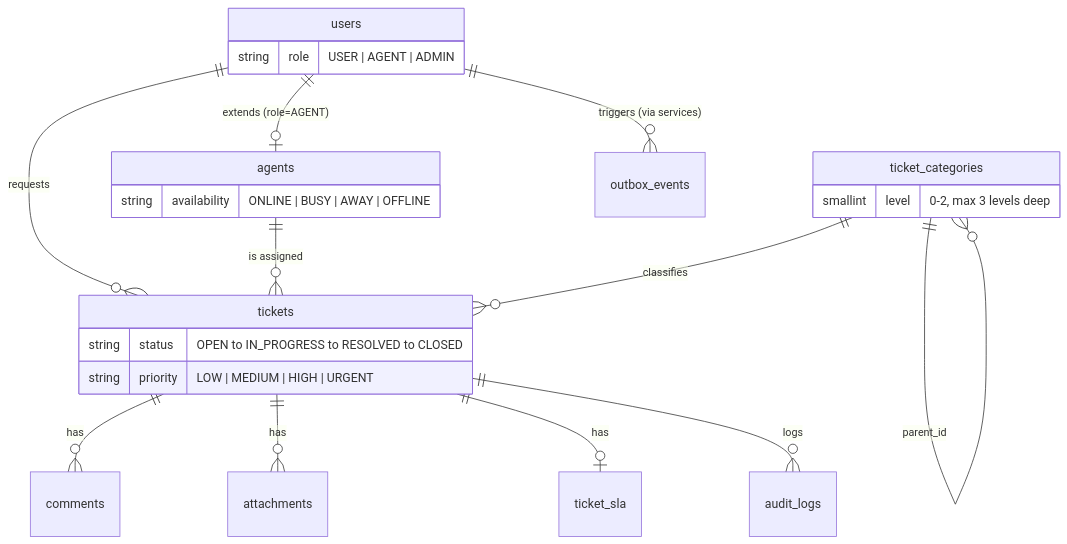
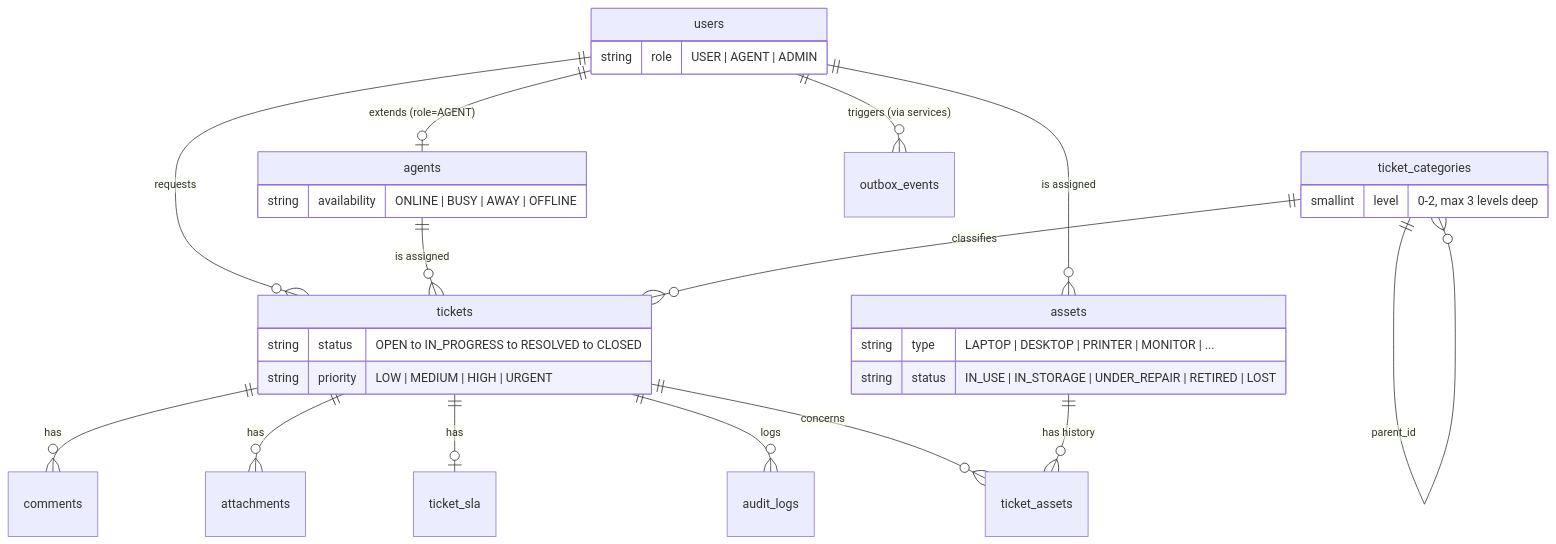
One commit to Mosotho888/GovHelp_Desk changed the second of 5 diagrams in README.md. Above: the diagram before and after it, drawn with Mermaid. The commit also changed other lines of this file and 29 other files, not shown here.

````diff
--- a/README.md
+++ b/README.md
@@ -168,27 +168,34 @@
 ```mermaid
 erDiagram
     users ||--o| agents: "extends (role=AGENT)"
     users ||--o{ tickets: "requests"
     agents ||--o{ tickets: "is assigned"
     ticket_categories ||--o{ tickets: "classifies"
     ticket_categories ||--o{ ticket_categories: "parent_id"
     tickets ||--o{ comments: "has"
     tickets ||--o{ attachments: "has"
     tickets ||--o| ticket_sla: "has"
     tickets ||--o{ audit_logs: "logs"
     users ||--o{ outbox_events: "triggers (via services)"
+    users ||--o{ assets: "is assigned"
+    tickets ||--o{ ticket_assets: "concerns"
+    assets ||--o{ ticket_assets: "has history"
 
     users {
         string role "USER | AGENT | ADMIN"
     }
     agents {
         string availability "ONLINE | BUSY | AWAY | OFFLINE"
     }
     ticket_categories {
         smallint level "0-2, max 3 levels deep"
     }
     tickets {
         string status "OPEN to IN_PROGRESS to RESOLVED to CLOSED"
         string priority "LOW | MEDIUM | HIGH | URGENT"
     }
+    assets {
+        string type "LAPTOP | DESKTOP | PRINTER | MONITOR | ..."
+        string status "IN_USE | IN_STORAGE | UNDER_REPAIR | RETIRED | LOST"
+    }
 ```
````
